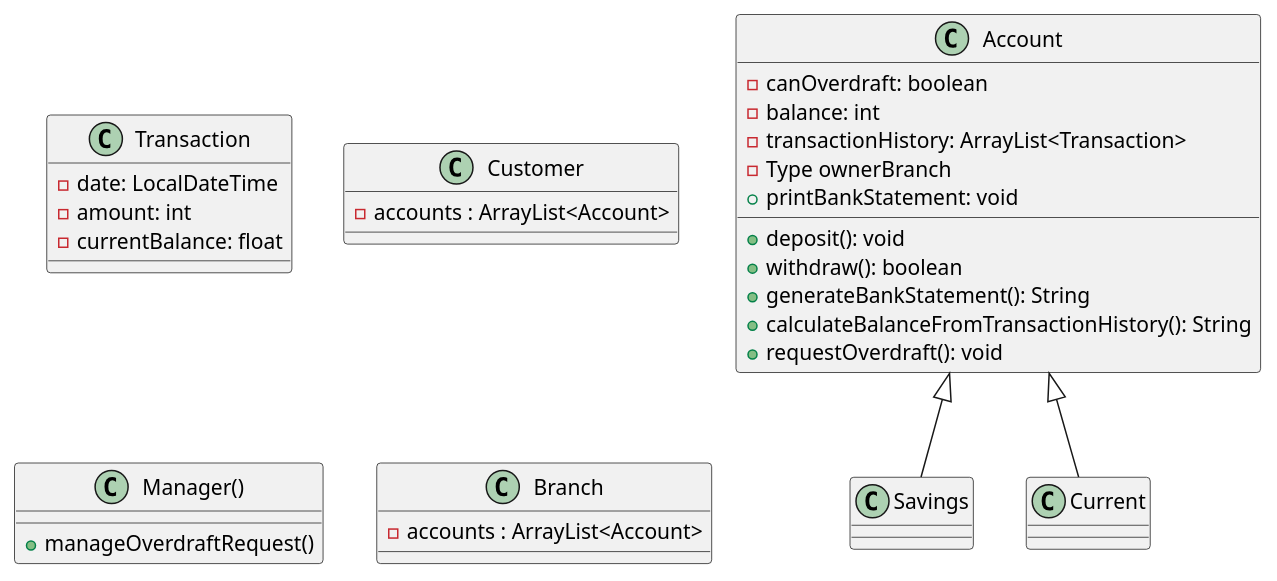
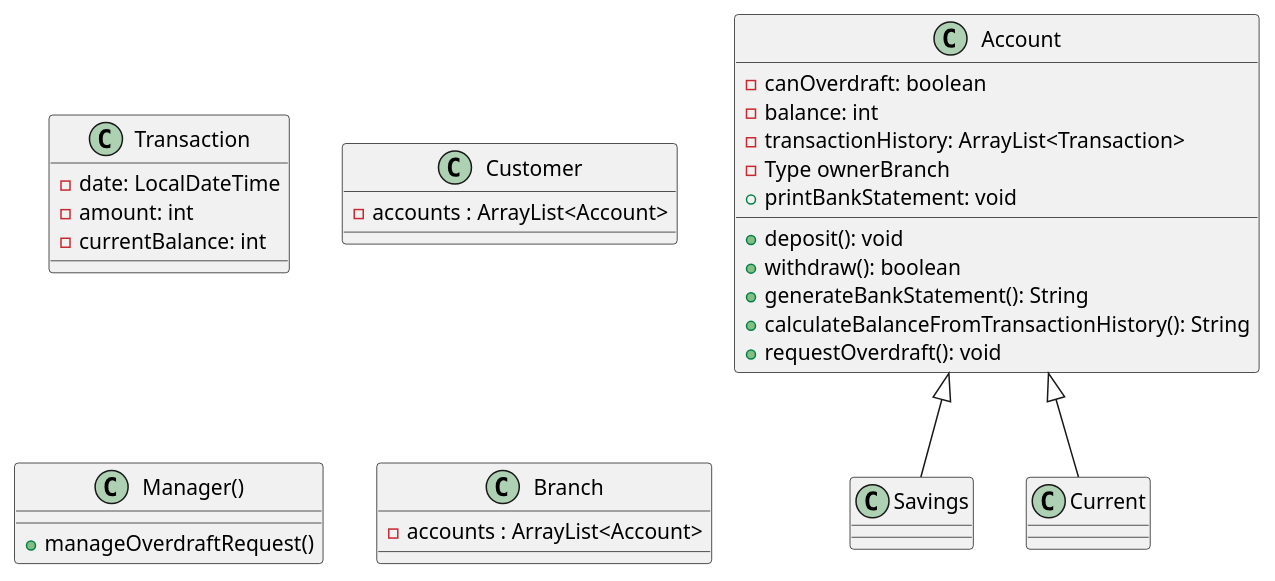
Before and after one commit to boolean-uk/java-tdd-oop-bank-challenge: the diagram in classDiagram.puml, drawn with PlantUML. The commit also changed 1 other file, not shown here.

Commit message:
Added transaction to domain model and class diagram.

```diff
--- a/classDiagram.puml
+++ b/classDiagram.puml
@@ -1,43 +1,39 @@
 @startuml
 
 Class Transaction {
 - date: LocalDateTime
 - amount: int
-- currentBalance: float
+- currentBalance: int
 }
 
 Class Customer {
 - accounts : ArrayList<Account>
 }
 
 Class Account {
 - canOverdraft: boolean
 - balance: int
 - transactionHistory: ArrayList<Transaction>
 - Type ownerBranch
 + deposit(): void
 + withdraw(): boolean
 + generateBankStatement(): String
 + calculateBalanceFromTransactionHistory(): String
 + printBankStatement: void
 + requestOverdraft(): void
 }
 
 Class Savings extends Account {
 }
 
 Class Current extends Account {
 }
 
 Class Manager(){
 + manageOverdraftRequest()
 }
 
 Class Branch {
 - accounts : ArrayList<Account>
 }
-
-
-
-
 @enduml
```
